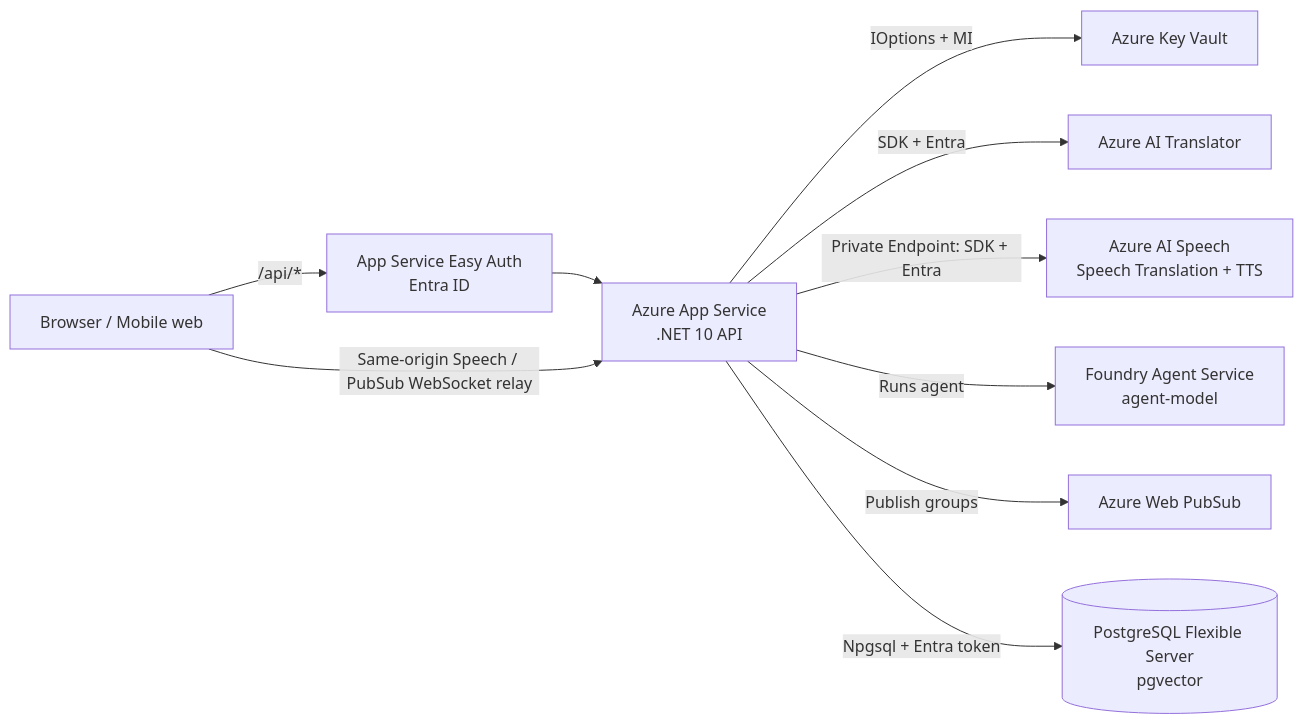
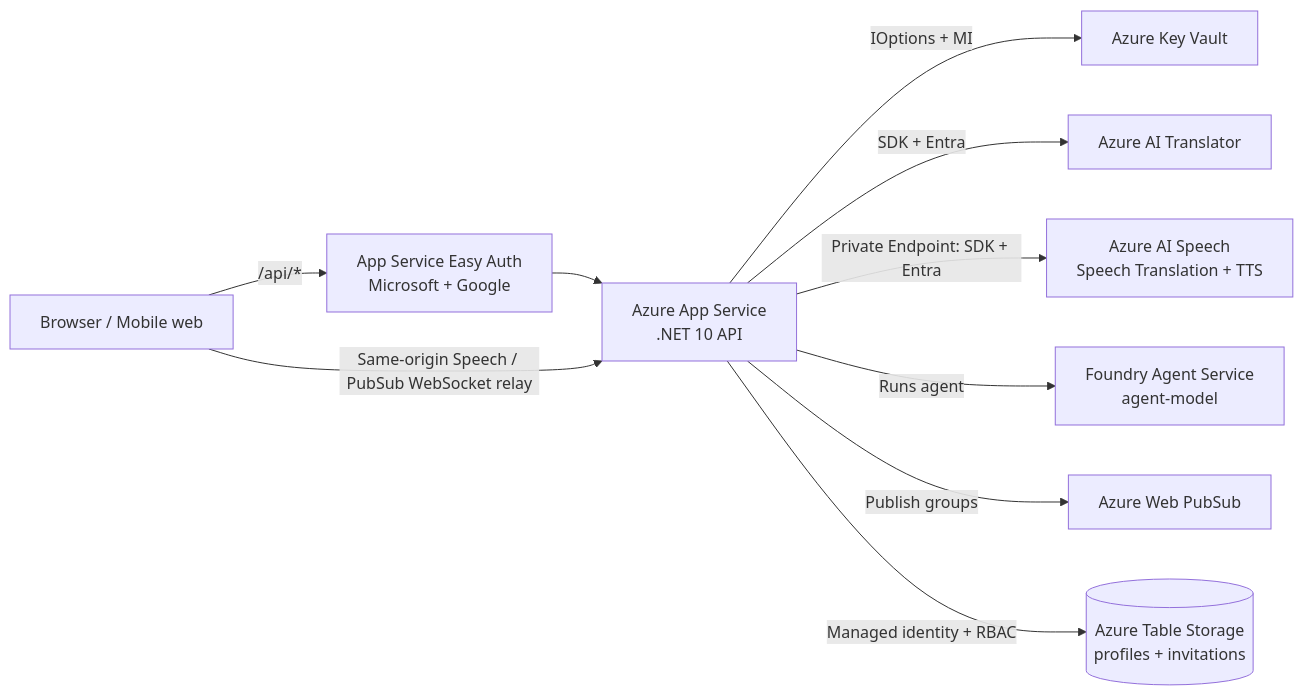
One commit to Azure-Samples/microsoft-foundry-basic changed the diagram in README.md. Above: the diagram before and after it, drawn with Mermaid. The commit also changed other lines of this file and 44 other files, not shown here.

First line of the commit message:
feat: migrate invited identities and profiles to Table Storage

````diff
--- a/README.md
+++ b/README.md
@@ -13,21 +13,21 @@
 ```mermaid
 flowchart LR
   Client[Browser / Mobile web]
-  EA[App Service Easy Auth<br/>Entra ID]
+  EA[App Service Easy Auth<br/>Microsoft + Google]
   API[Azure App Service<br/>.NET 10 API]
   T[Azure AI Translator]
   S[Azure AI Speech<br/>Speech Translation + TTS]
   F[Foundry Agent Service<br/>agent-model]
   WPS[Azure Web PubSub]
-  PG[(PostgreSQL Flexible Server<br/>pgvector)]
+  TS[(Azure Table Storage<br/>profiles + invitations)]
   KV[Azure Key Vault]
 
   Client -->|/api/*| EA --> API
   API -->|IOptions + MI| KV
   API -->|SDK + Entra| T
   API -->|Private Endpoint: SDK + Entra| S
   API -->|Runs agent| F
   API -->|Publish groups| WPS
-  API -->|Npgsql + Entra token| PG
+  API -->|Managed identity + RBAC| TS
   Client -->|Same-origin Speech / PubSub WebSocket relay| API
 ```
````
